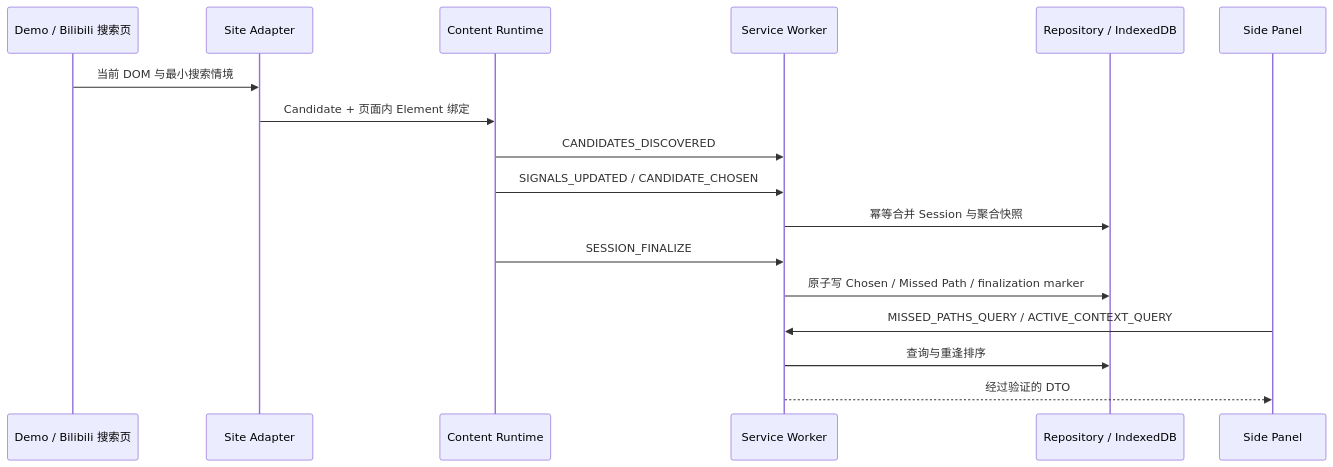
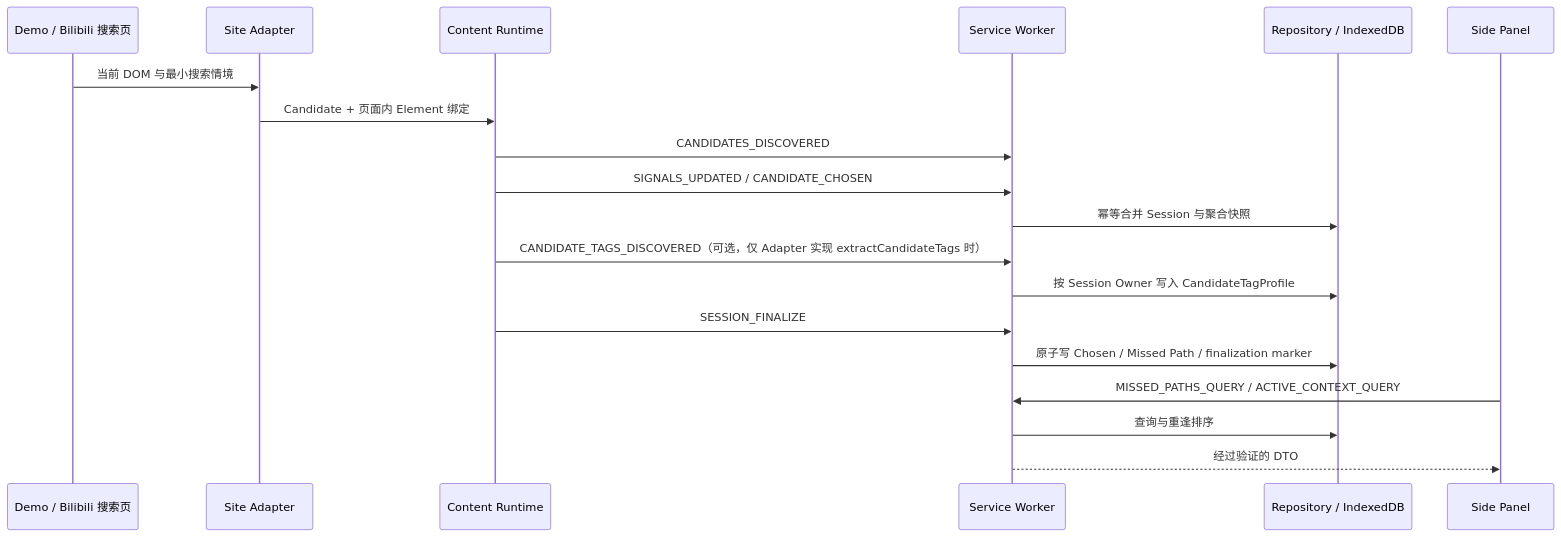
One commit to callmedog123/Dut_hksS2 changed the diagram in docs/architecture.md. Above: the diagram before and after it, drawn with Mermaid. The commit also changed other lines of this file and 18 other files, not shown here.

````diff
--- a/docs/architecture.md
+++ b/docs/architecture.md
@@ -7,20 +7,22 @@
 ```mermaid
 sequenceDiagram
   participant Page as Demo / Bilibili 搜索页
   participant Adapter as Site Adapter
   participant Runtime as Content Runtime
   participant Worker as Service Worker
   participant Repo as Repository / IndexedDB
   participant Panel as Side Panel
 
   Page->>Adapter: 当前 DOM 与最小搜索情境
   Adapter->>Runtime: Candidate + 页面内 Element 绑定
   Runtime->>Worker: CANDIDATES_DISCOVERED
   Runtime->>Worker: SIGNALS_UPDATED / CANDIDATE_CHOSEN
   Worker->>Repo: 幂等合并 Session 与聚合快照
+  Runtime->>Worker: CANDIDATE_TAGS_DISCOVERED（可选，仅 Adapter 实现 extractCandidateTags 时）
+  Worker->>Repo: 按 Session Owner 写入 CandidateTagProfile
   Runtime->>Worker: SESSION_FINALIZE
   Worker->>Repo: 原子写 Chosen / Missed Path / finalization marker
   Panel->>Worker: MISSED_PATHS_QUERY / ACTIVE_CONTEXT_QUERY
   Worker->>Repo: 查询与重逢排序
   Worker-->>Panel: 经过验证的 DTO
 ```
````
